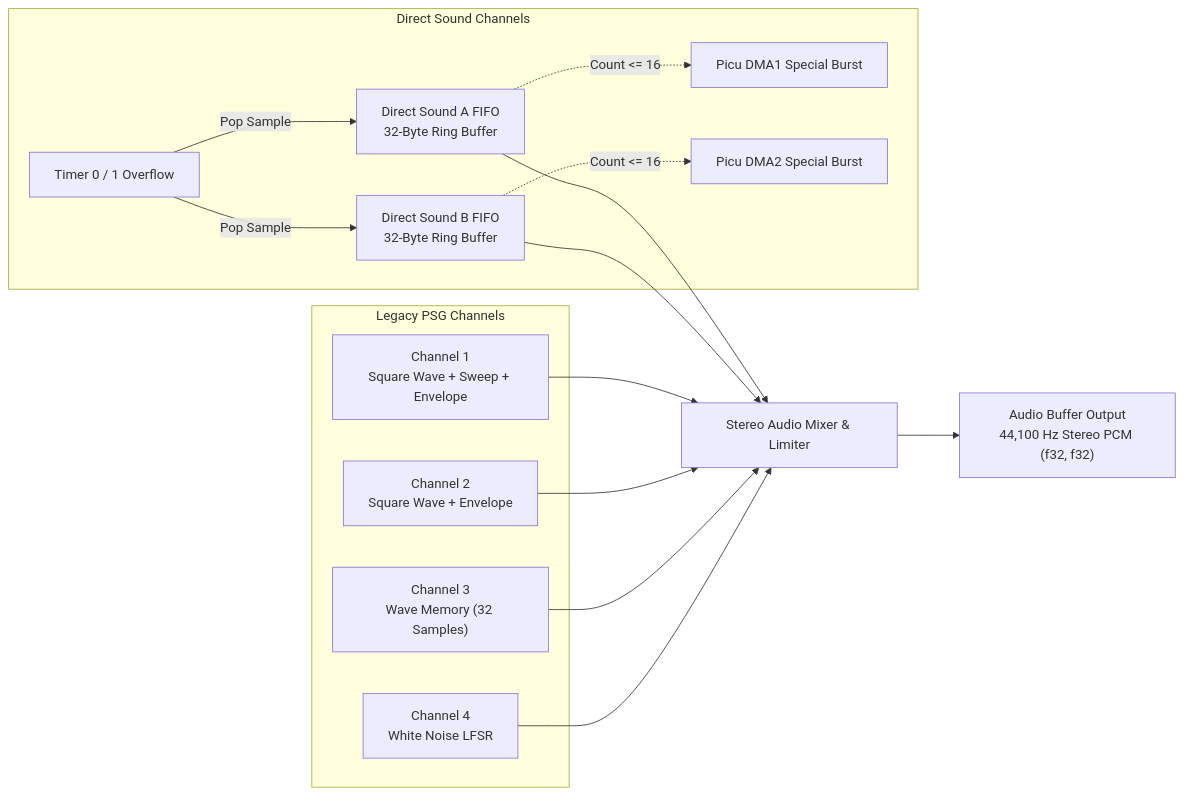
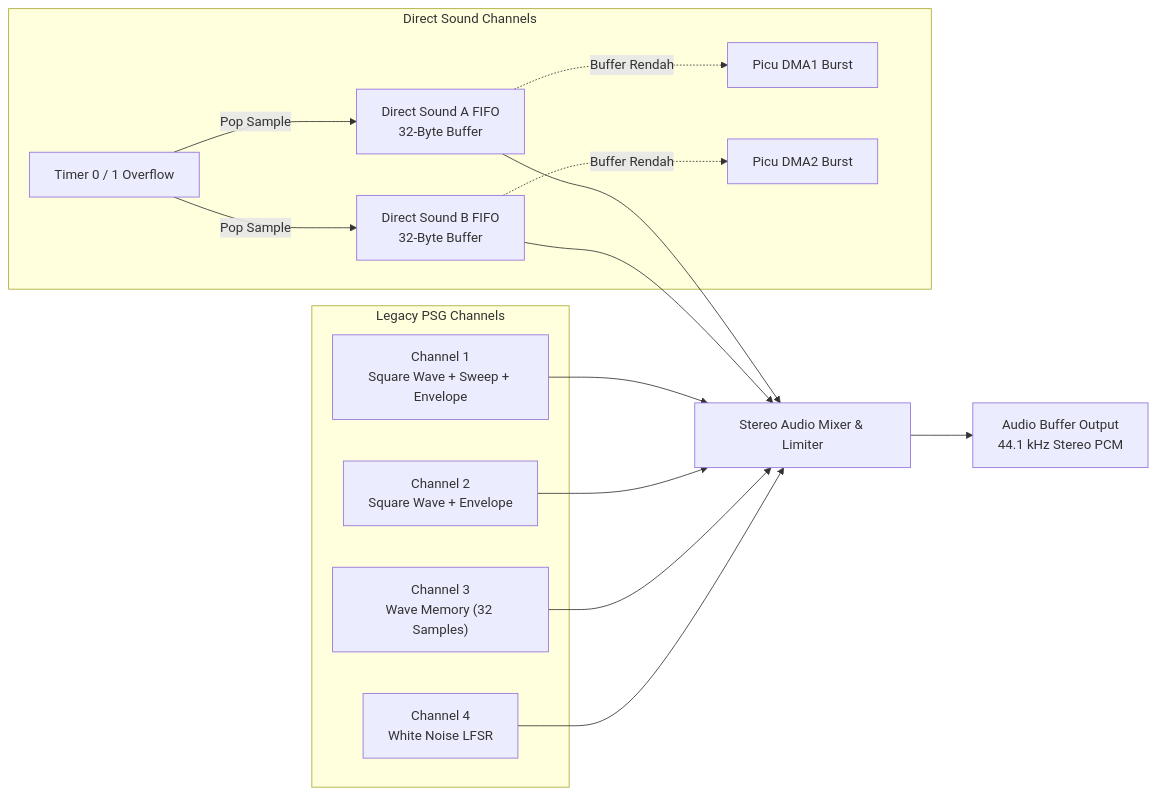
The fifth of 6 diagrams in README.md (Haikal55/OxideAdvance), drawn with Mermaid before and after one commit. The commit also changed other lines of this file, not shown here.

Commit message:
docs: fix Mermaid syntax and math formatting for GitHub rich display

````diff
--- a/README.md
+++ b/README.md
@@ -342,27 +333,27 @@
 ```mermaid
 flowchart LR
-    subgraph "Legacy PSG Channels"
+    subgraph PSG["Legacy PSG Channels"]
         Ch1["Channel 1<br/>Square Wave + Sweep + Envelope"]
         Ch2["Channel 2<br/>Square Wave + Envelope"]
         Ch3["Channel 3<br/>Wave Memory (32 Samples)"]
         Ch4["Channel 4<br/>White Noise LFSR"]
     end
 
-    subgraph "Direct Sound Channels"
-        FIFOA["Direct Sound A FIFO<br/>32-Byte Ring Buffer"]
-        FIFOB["Direct Sound B FIFO<br/>32-Byte Ring Buffer"]
+    subgraph DSOUND["Direct Sound Channels"]
+        FIFOA["Direct Sound A FIFO<br/>32-Byte Buffer"]
+        FIFOB["Direct Sound B FIFO<br/>32-Byte Buffer"]
         TimerClock["Timer 0 / 1 Overflow"]
         TimerClock -->|"Pop Sample"| FIFOA
         TimerClock -->|"Pop Sample"| FIFOB
-        FIFOA -.->|"Count <= 16"| DMA1["Picu DMA1 Special Burst"]
-        FIFOB -.->|"Count <= 16"| DMA2["Picu DMA2 Special Burst"]
+        FIFOA -.->|"Buffer Rendah"| DMA1["Picu DMA1 Burst"]
+        FIFOB -.->|"Buffer Rendah"| DMA2["Picu DMA2 Burst"]
     end
 
     Ch1 --> Mixer["Stereo Audio Mixer & Limiter"]
     Ch2 --> Mixer
     Ch3 --> Mixer
     Ch4 --> Mixer
     FIFOA --> Mixer
     FIFOB --> Mixer
-    Mixer --> Out["Audio Buffer Output<br/>44,100 Hz Stereo PCM (f32, f32)"]
+    Mixer --> Out["Audio Buffer Output<br/>44.1 kHz Stereo PCM"]
 ```
````
